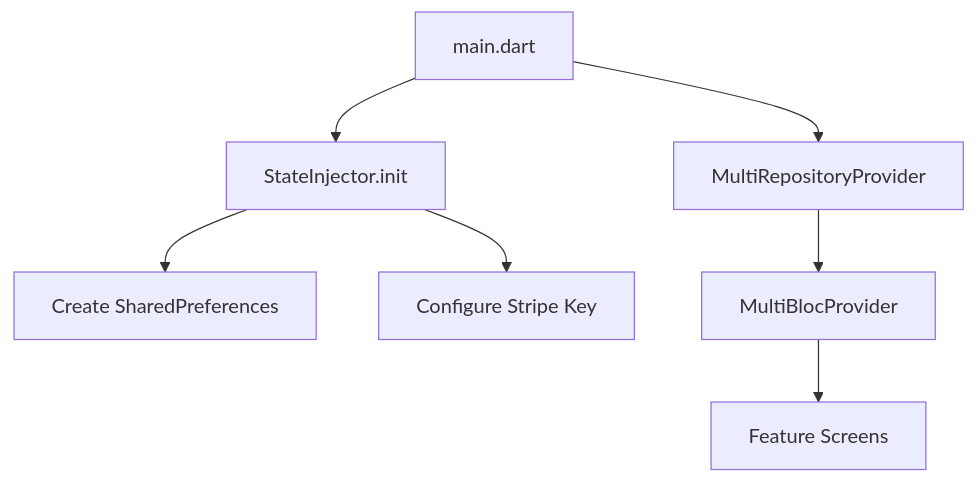
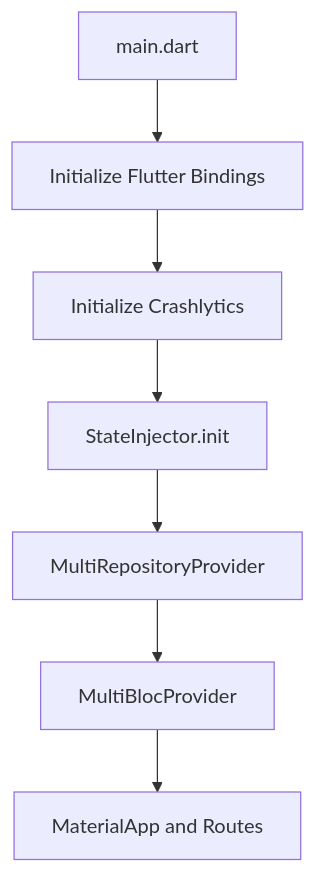
Before and after one commit to royalpandit/Oui-User: the second of 7 diagrams in README.md, drawn with Mermaid. The commit also changed other lines of this file, not shown here.

````diff
--- a/README.md
+++ b/README.md
@@ -60,9 +79,9 @@
 ```mermaid
 flowchart TD
-	A[main.dart] --> B[StateInjector.init]
-	B --> C[Create SharedPreferences]
-	B --> D[Configure Stripe Key]
-	A --> E[MultiRepositoryProvider]
-	E --> F[MultiBlocProvider]
-	F --> G[Feature Screens]
+		A[main.dart] --> B[Initialize Flutter Bindings]
+		B --> C[Initialize Crashlytics]
+		C --> D[StateInjector.init]
+		D --> E[MultiRepositoryProvider]
+		E --> F[MultiBlocProvider]
+		F --> G[MaterialApp and Routes]
 ```
````
